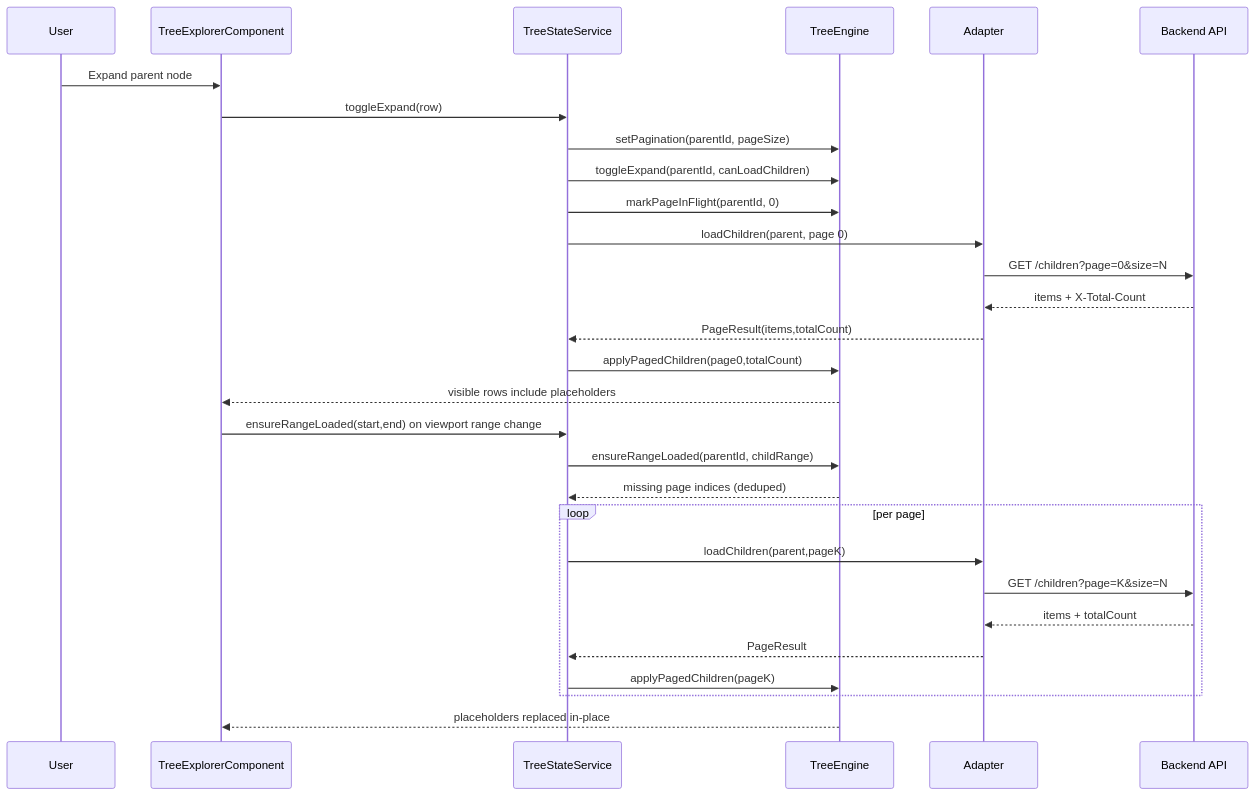
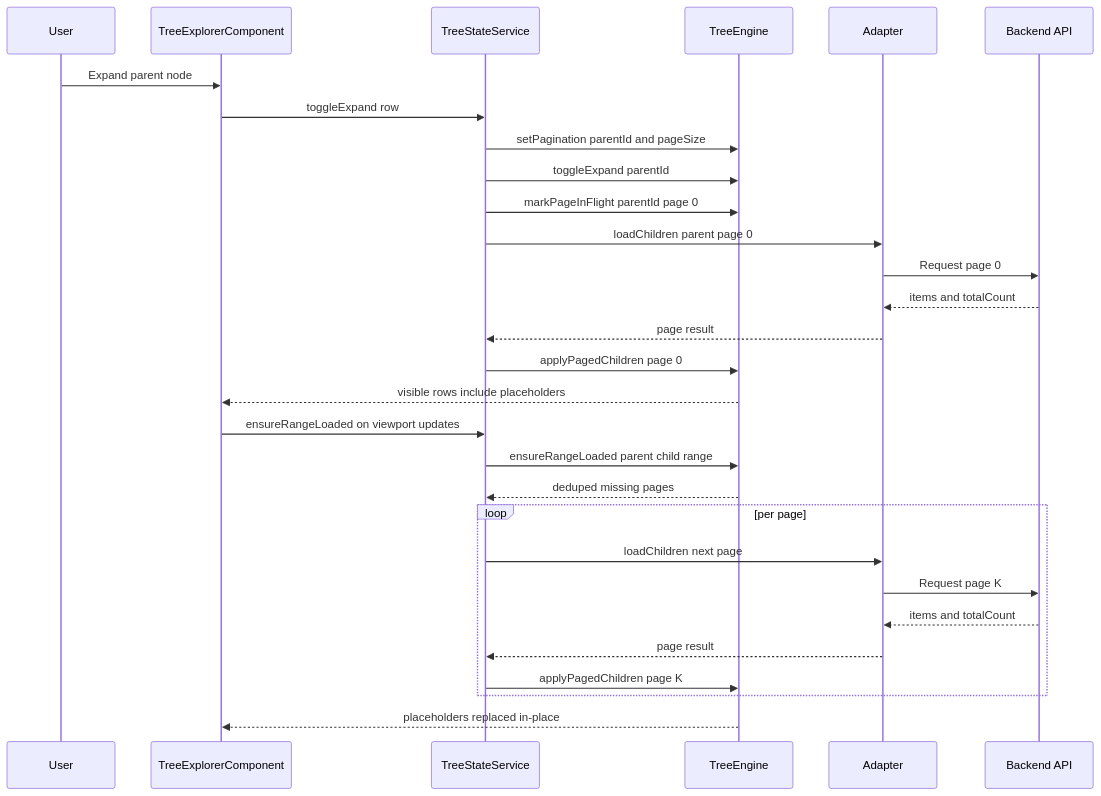
Before and after one commit to Robertcl795/tree-explorer: the second of 3 diagrams in docs/architecture.md, drawn with Mermaid. The commit also changed other lines of this file, not shown here.

Commit message:
docs(diagrams): fix mermaid rendering

````diff
--- a/docs/architecture.md
+++ b/docs/architecture.md
@@ -68,33 +68,33 @@
 ```mermaid
 sequenceDiagram
   participant U as User
   participant C as TreeExplorerComponent
   participant S as TreeStateService
   participant E as TreeEngine
   participant A as Adapter
   participant API as Backend API
 
   U->>C: Expand parent node
-  C->>S: toggleExpand(row)
-  S->>E: setPagination(parentId, pageSize)
-  S->>E: toggleExpand(parentId, canLoadChildren)
-  S->>E: markPageInFlight(parentId, 0)
-  S->>A: loadChildren(parent, page 0)
-  A->>API: GET /children?page=0&size=N
-  API-->>A: items + X-Total-Count
-  A-->>S: PageResult(items,totalCount)
-  S->>E: applyPagedChildren(page0,totalCount)
+  C->>S: toggleExpand row
+  S->>E: setPagination parentId and pageSize
+  S->>E: toggleExpand parentId
+  S->>E: markPageInFlight parentId page 0
+  S->>A: loadChildren parent page 0
+  A->>API: Request page 0
+  API-->>A: items and totalCount
+  A-->>S: page result
+  S->>E: applyPagedChildren page 0
   E-->>C: visible rows include placeholders
 
-  C->>S: ensureRangeLoaded(start,end) on viewport range change
-  S->>E: ensureRangeLoaded(parentId, childRange)
-  E-->>S: missing page indices (deduped)
+  C->>S: ensureRangeLoaded on viewport updates
+  S->>E: ensureRangeLoaded parent child range
+  E-->>S: deduped missing pages
   loop per page
-    S->>A: loadChildren(parent,pageK)
-    A->>API: GET /children?page=K&size=N
-    API-->>A: items + totalCount
-    A-->>S: PageResult
-    S->>E: applyPagedChildren(pageK)
+    S->>A: loadChildren next page
+    A->>API: Request page K
+    API-->>A: items and totalCount
+    A-->>S: page result
+    S->>E: applyPagedChildren page K
   end
   E-->>C: placeholders replaced in-place
 ```
````
